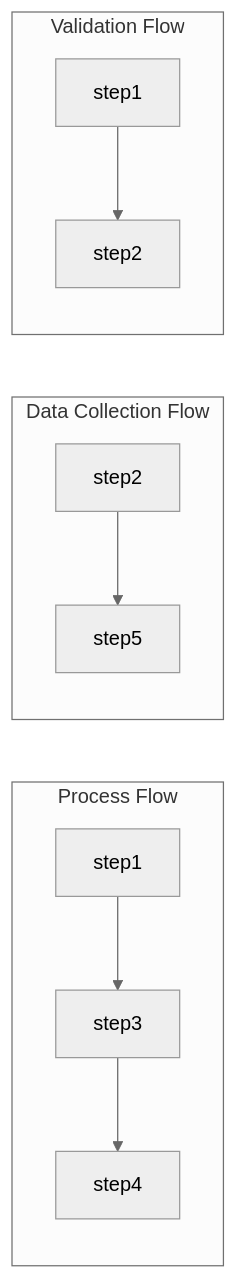
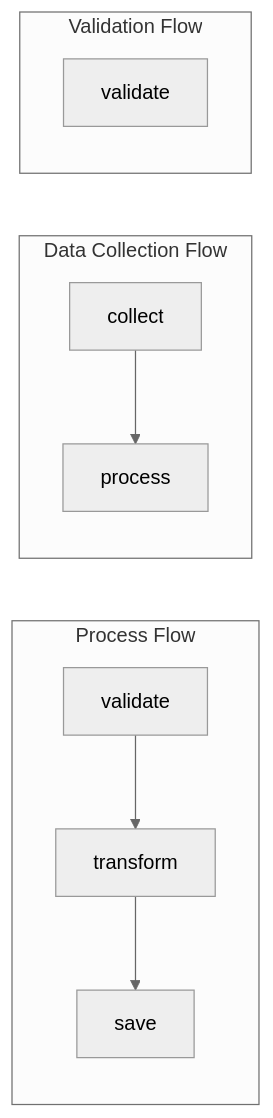
The second of 2 diagrams in docs/workflow-structure.md (orieg/yaml-workflow), drawn with Mermaid (neutral theme) before and after one commit. The commit also changed other lines of this file and 12 other files, not shown here.

````diff
--- a/docs/workflow-structure.md
+++ b/docs/workflow-structure.md
@@ -101,15 +134,15 @@
 ```mermaid
 graph LR
     subgraph "Process Flow"
-    A[step1] --> B[step3]
-    B --> C[step4]
+    A[validate] --> B[transform]
+    B --> C[save]
     end
     
     subgraph "Data Collection Flow"
-    D[step2] --> E[step5]
+    D[collect] --> E[process]
     end
     
     subgraph "Validation Flow"
-    F[step1] --> G[step2]
+    F[validate]
     end
 ```
````
